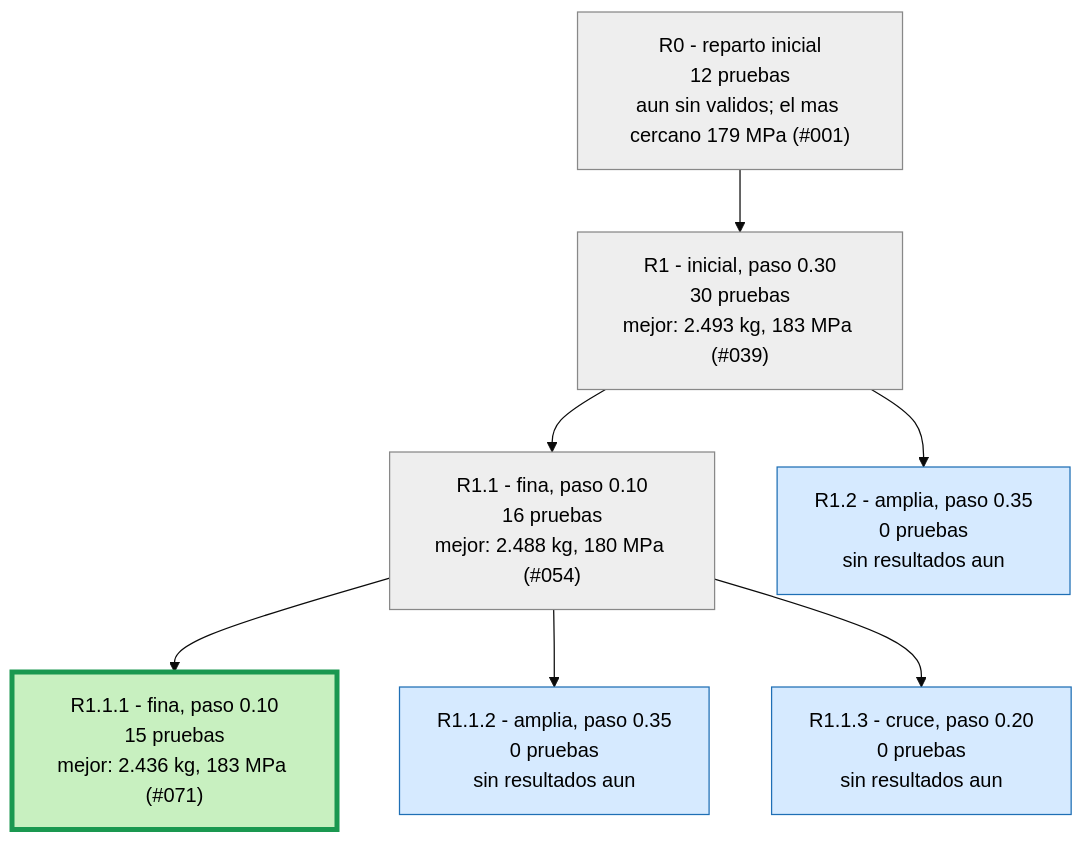
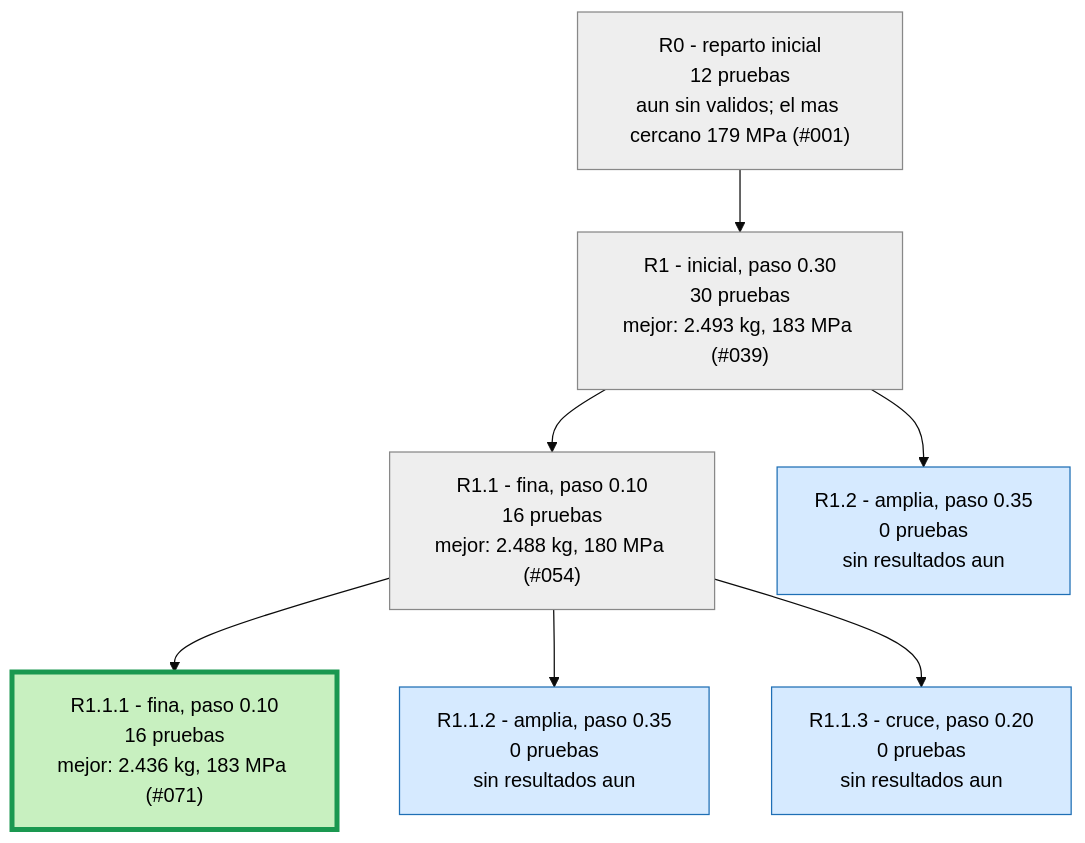
The second of 3 diagrams in runs/opt_37800N/ARBOL.md (Hugiko/msd-soporte-optimizacion), drawn with Mermaid (base theme) before and after one commit. The commit also changed 20 other files, not shown here.

````diff
--- a/runs/opt_37800N/ARBOL.md
+++ b/runs/opt_37800N/ARBOL.md
@@ -25,19 +25,19 @@
 ```mermaid
 graph TD
 classDef activa fill:#d6eaff,stroke:#1f6fb5,color:#000
 classDef fin fill:#eeeeee,stroke:#888,color:#000
 classDef mejor fill:#c8f0c0,stroke:#1a9850,stroke-width:4px,color:#000
 R0["R0 - reparto inicial<br/>12 pruebas<br/>aun sin validos; el mas cercano 179 MPa (#001)"]:::fin
 R1["R1 - inicial, paso 0.30<br/>30 pruebas<br/>mejor: 2.493 kg, 183 MPa (#039)"]:::fin
 R0 --> R1
 R1_1["R1.1 - fina, paso 0.10<br/>16 pruebas<br/>mejor: 2.488 kg, 180 MPa (#054)"]:::fin
 R1 --> R1_1
 R1_2["R1.2 - amplia, paso 0.35<br/>0 pruebas<br/>sin resultados aun"]:::activa
 R1 --> R1_2
-R1_1_1["R1.1.1 - fina, paso 0.10<br/>15 pruebas<br/>mejor: 2.436 kg, 183 MPa (#071)"]:::mejor
+R1_1_1["R1.1.1 - fina, paso 0.10<br/>16 pruebas<br/>mejor: 2.436 kg, 183 MPa (#071)"]:::mejor
 R1_1 --> R1_1_1
 R1_1_2["R1.1.2 - amplia, paso 0.35<br/>0 pruebas<br/>sin resultados aun"]:::activa
 R1_1 --> R1_1_2
 R1_1_3["R1.1.3 - cruce, paso 0.20<br/>0 pruebas<br/>sin resultados aun"]:::activa
 R1_1 --> R1_1_3
 ```
````
